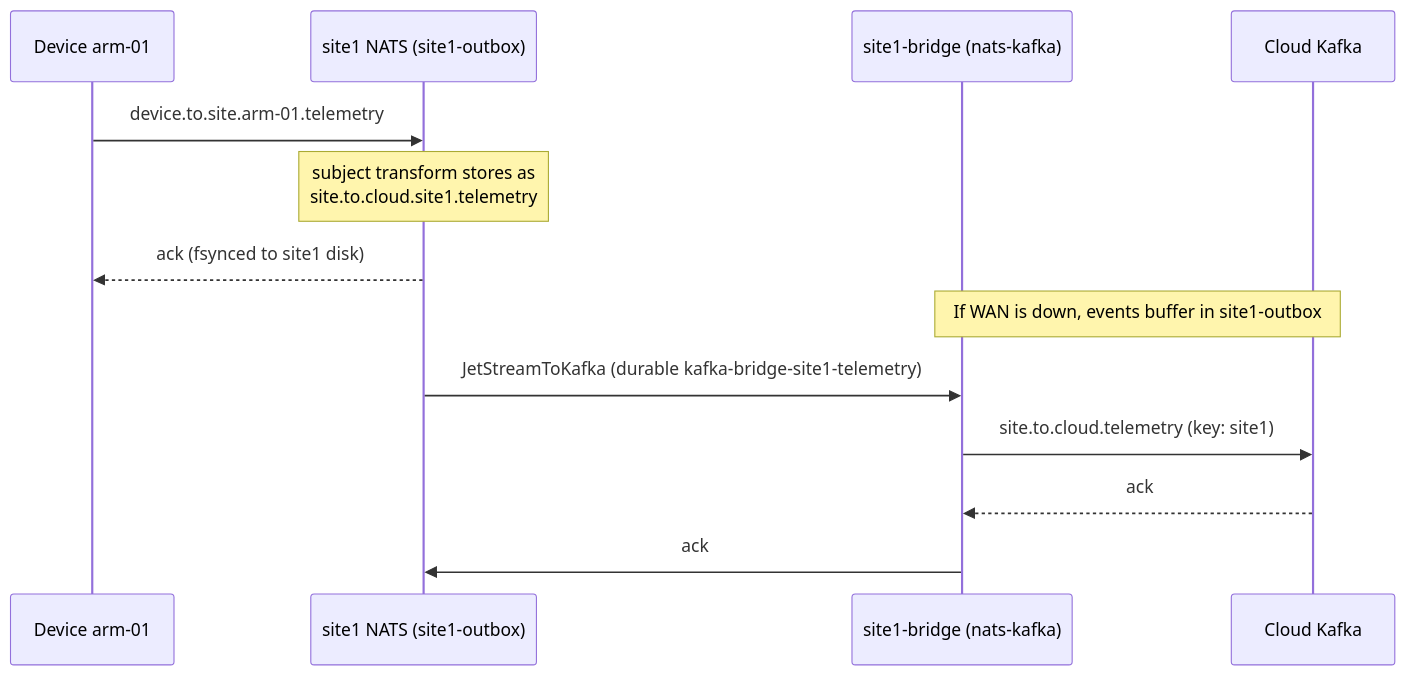
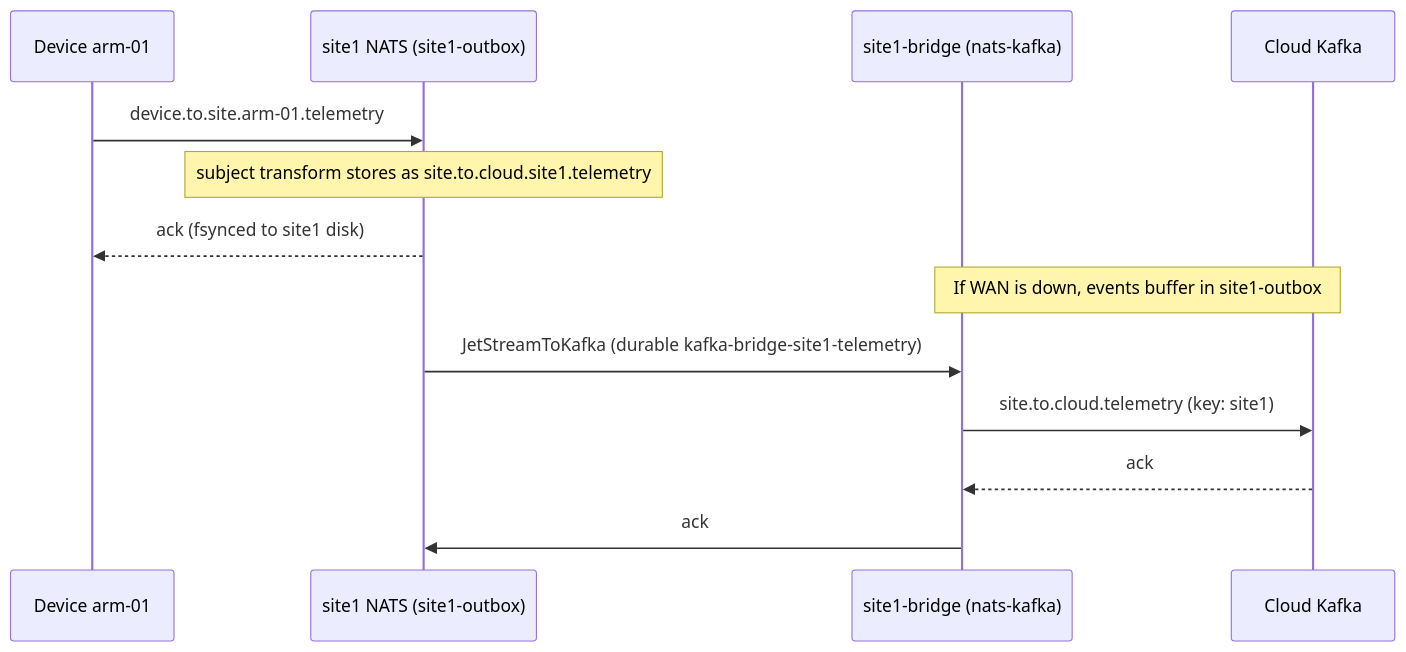
Before and after one commit to jinternals/nats-demo: the second of 3 diagrams in pattern-b-direct-kafka/README.md, drawn with Mermaid. The commit also changed 1 other file, not shown here.

Commit message:
Fix Mermaid sequenceDiagram syntax in Pattern A and Pattern B READMEs

````diff
--- a/pattern-b-direct-kafka/README.md
+++ b/pattern-b-direct-kafka/README.md
@@ -47,16 +47,16 @@
 ```mermaid
 sequenceDiagram
   participant D as Device arm-01
   participant S as site1 NATS (site1-outbox)
   participant B as site1-bridge (nats-kafka)
   participant K as Cloud Kafka
 
   D->>S: device.to.site.arm-01.telemetry
-  Note over S: subject transform stores as<br/>site.to.cloud.site1.telemetry
+  Note over S: subject transform stores as site.to.cloud.site1.telemetry
   S-->>D: ack (fsynced to site1 disk)
   Note over B,K: If WAN is down, events buffer in site1-outbox
   S->>B: JetStreamToKafka (durable kafka-bridge-site1-telemetry)
   B->>K: site.to.cloud.telemetry (key: site1)
   K-->>B: ack
   B->>S: ack
 ```
````
